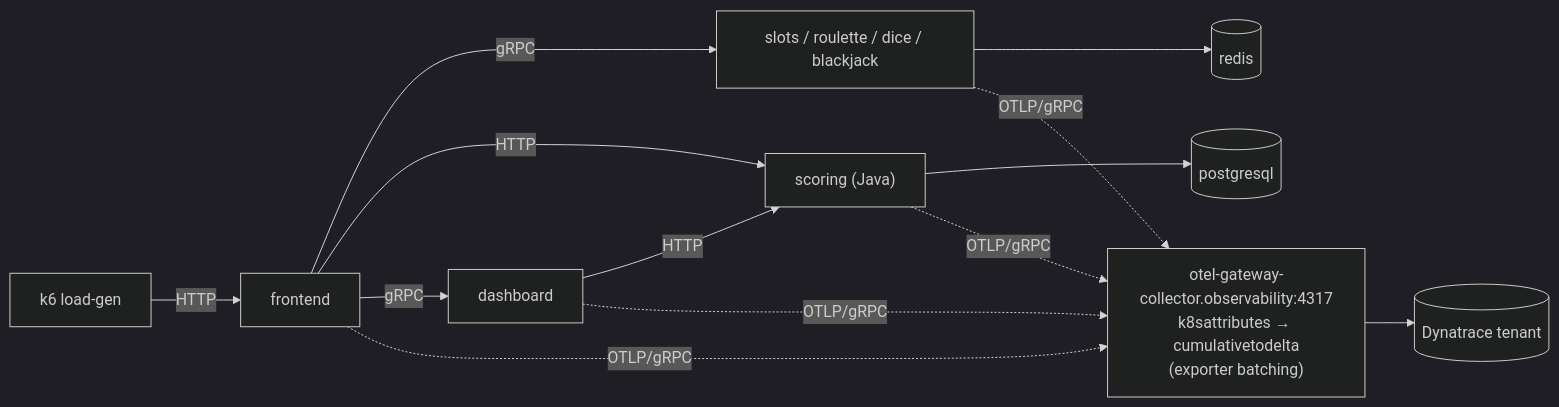
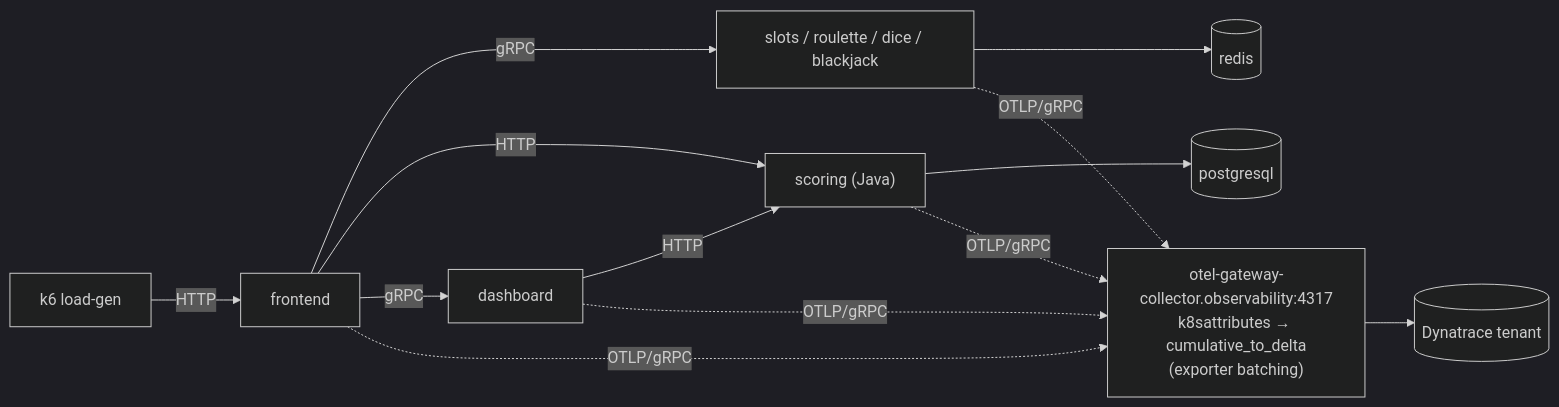
Before and after one commit to agardnerIT/Otel-Training: the diagram in docs-site/index.md, drawn with Mermaid (dark theme). The commit also changed 23 other files, not shown here.

````diff
--- a/docs-site/index.md
+++ b/docs-site/index.md
@@ -37,15 +37,15 @@
 ```mermaid
 flowchart LR
   k6["k6 load-gen"] -->|HTTP| fe["frontend"]
   fe -->|gRPC| games["slots / roulette / dice / blackjack"]
   fe -->|HTTP| scoring["scoring (Java)"]
   fe -->|gRPC| dash["dashboard"]
   dash -->|HTTP| scoring
   games --> redis[("redis")]
   scoring --> pg[("postgresql")]
   fe -. "OTLP/gRPC" .-> gw
   games -. "OTLP/gRPC" .-> gw
   scoring -. "OTLP/gRPC" .-> gw
   dash -. "OTLP/gRPC" .-> gw
-  gw["otel-gateway-collector.observability:4317<br/>k8sattributes → cumulativetodelta<br/>(exporter batching)"] --> dt[("Dynatrace tenant")]
+  gw["otel-gateway-collector.observability:4317<br/>k8sattributes → cumulative_to_delta<br/>(exporter batching)"] --> dt[("Dynatrace tenant")]
 ```
````
